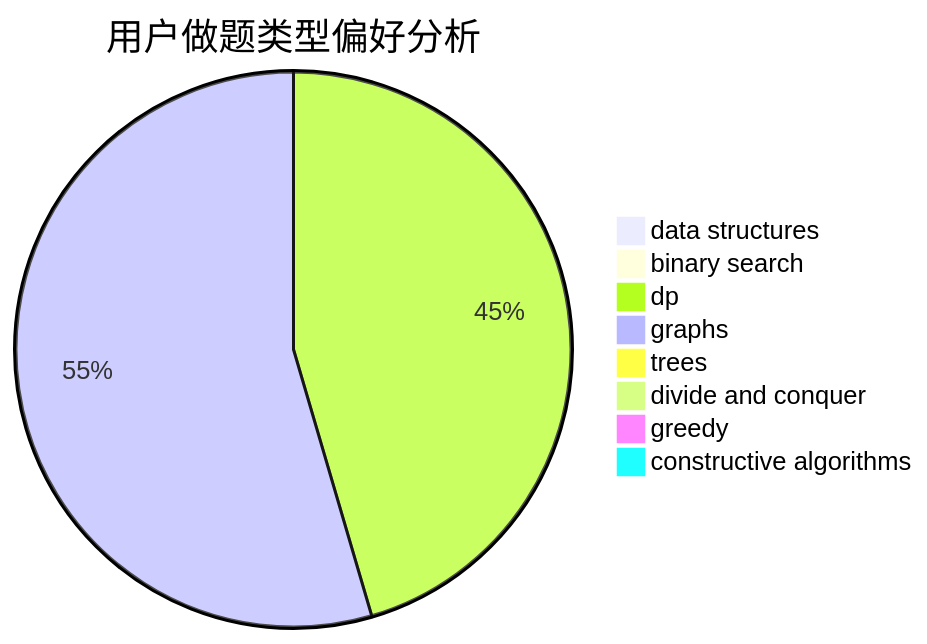
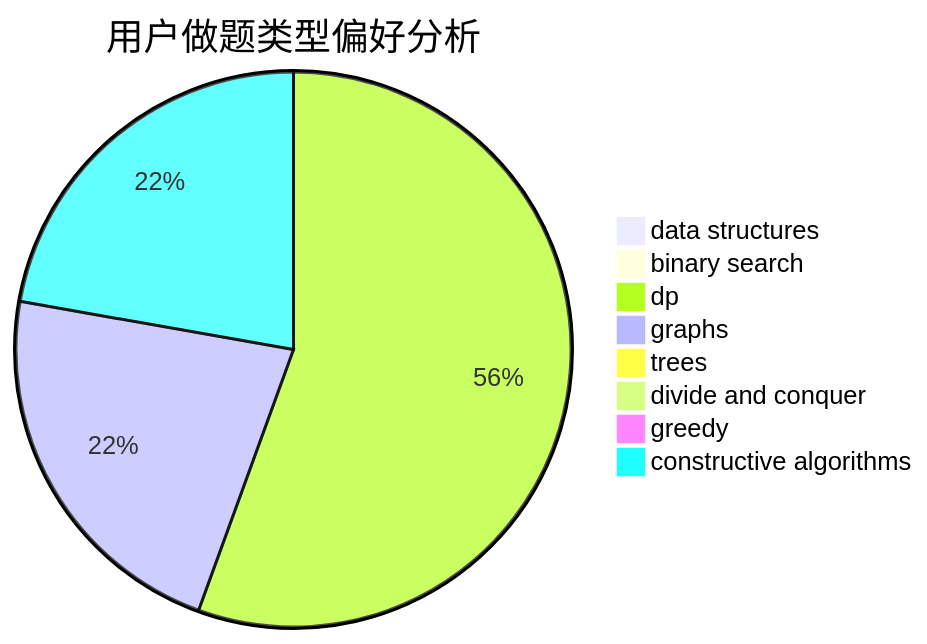
One commit to sherpahu/cfrs.github.io changed the second of 3 diagrams in docs/user/u172.md. Above: the diagram before and after it, drawn with Mermaid. The commit also changed other lines of this file and 2770 other files, not shown here.

````diff
--- a/docs/user/u172.md
+++ b/docs/user/u172.md
@@ -23,11 +23,11 @@
 ```mermaid
 pie title 用户做题类型偏好分析
     "data structures" :  0
     "binary search" :  0
     "dp" :  5
-    "graphs" :  6
+    "graphs" :  2
     "trees" :  0
     "divide and conquer" :  0
     "greedy" :  0
-    "constructive algorithms" :  0
+    "constructive algorithms" :  2
 ```
````
